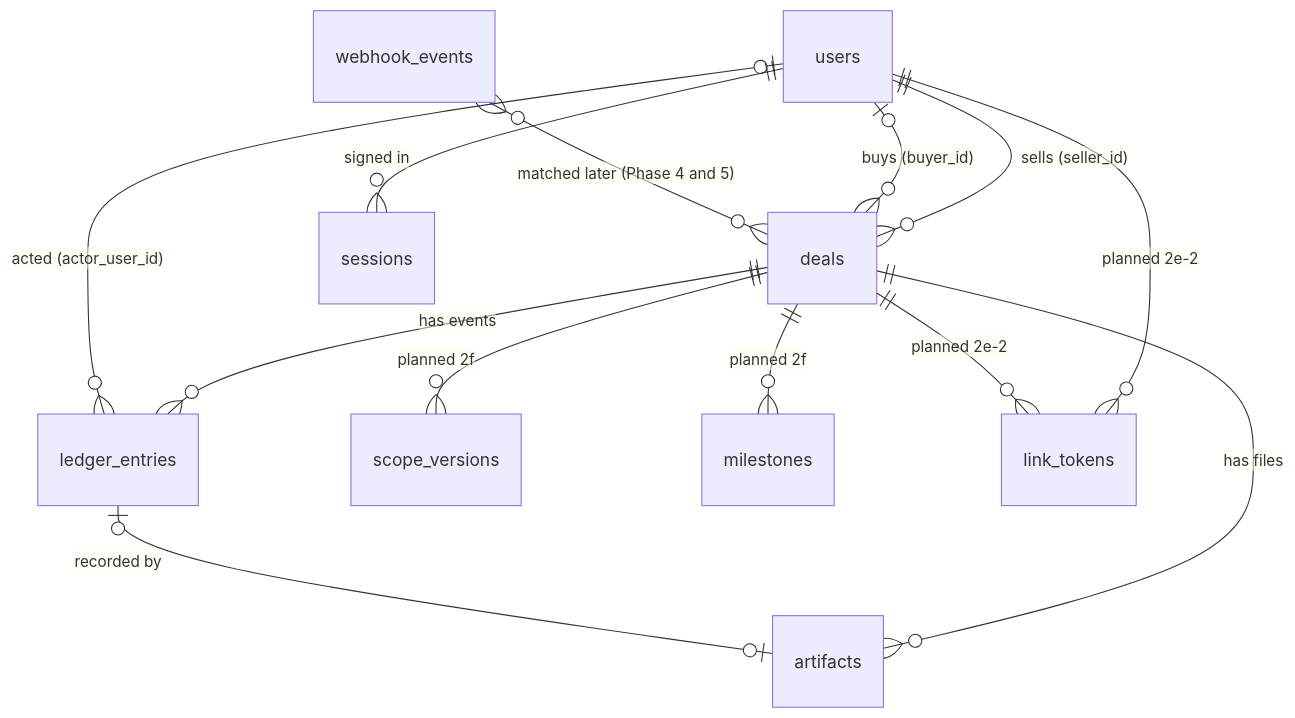
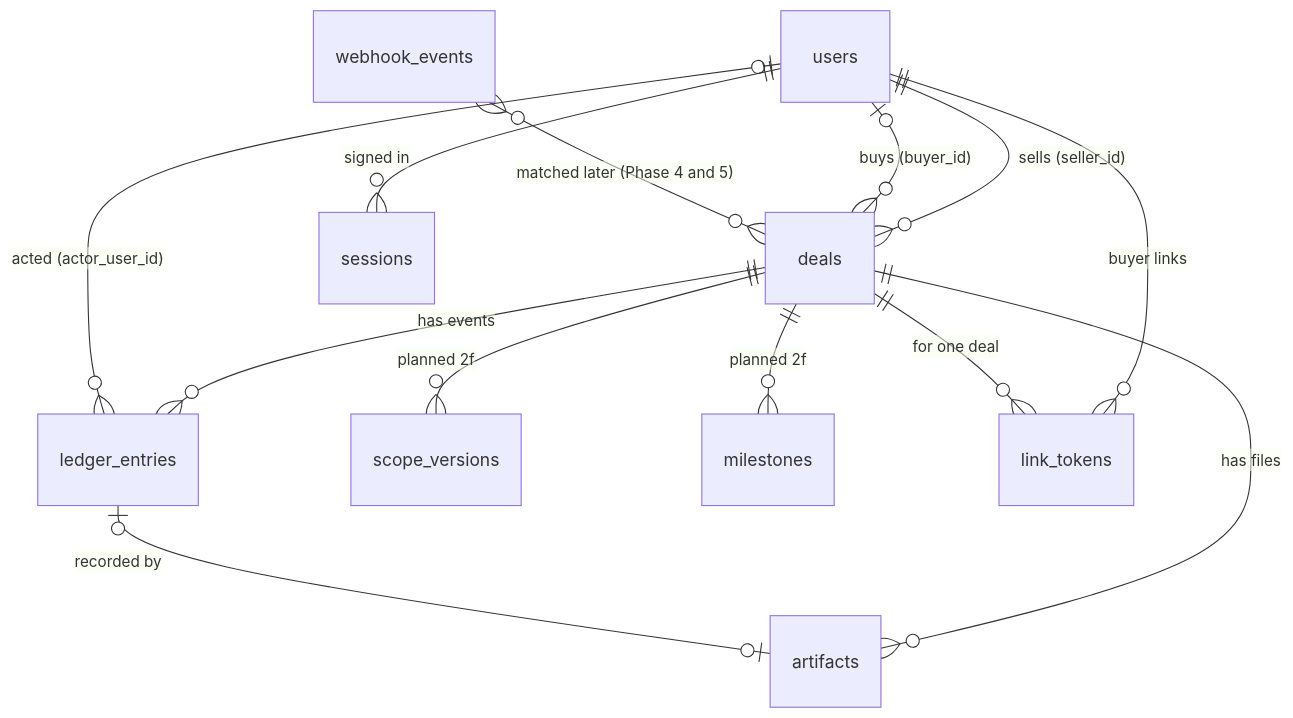
Before and after one commit to sushantpatil2899/pactpal: the diagram in docs/data-model.md, drawn with Mermaid. The commit also changed other lines of this file and 18 other files, not shown here.

First line of the commit message:
Add buyer links for one deal, and an email stand-in

````diff
--- a/docs/data-model.md
+++ b/docs/data-model.md
@@ -5,15 +5,15 @@
 ```mermaid
 erDiagram
   users ||--o{ deals : "sells (seller_id)"
   users |o--o{ deals : "buys (buyer_id)"
   deals ||--o{ ledger_entries : "has events"
   users |o--o{ ledger_entries : "acted (actor_user_id)"
   deals ||--o{ scope_versions : "planned 2f"
   deals ||--o{ milestones : "planned 2f"
   deals ||--o{ artifacts : "has files"
   ledger_entries |o--o| artifacts : "recorded by"
   webhook_events }o--o{ deals : "matched later (Phase 4 and 5)"
   users ||--o{ sessions : "signed in"
-  users ||--o{ link_tokens : "planned 2e-2"
-  deals ||--o{ link_tokens : "planned 2e-2"
+  users ||--o{ link_tokens : "buyer links"
+  deals ||--o{ link_tokens : "for one deal"
 ```
````
